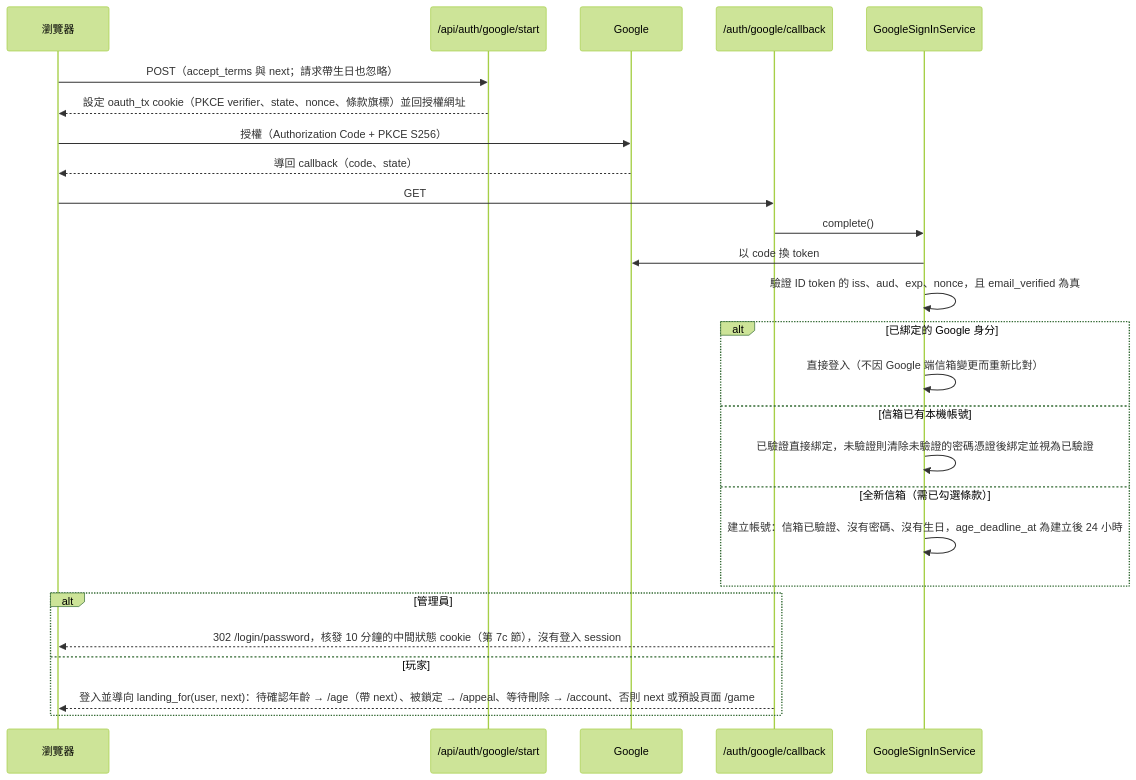
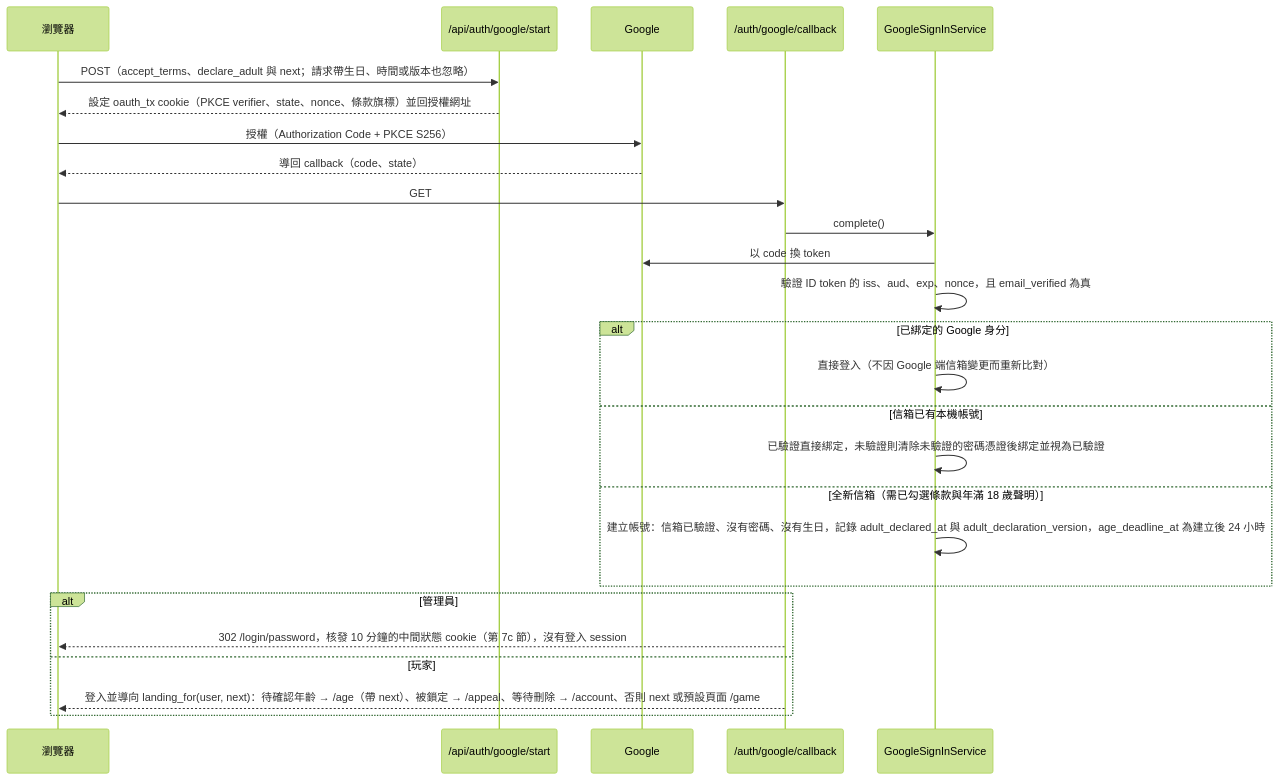
The third of 11 diagrams in docs/帳號與安全-auth-security.md (pp466pp466/R.A.C), drawn with Mermaid (forest theme) before and after one commit. The commit also changed other lines of this file and 8 other files, not shown here.

````diff
--- a/docs/帳號與安全-auth-security.md
+++ b/docs/帳號與安全-auth-security.md
@@ -67,29 +67,29 @@
 ```mermaid
 sequenceDiagram
     participant B as 瀏覽器
     participant A as /api/auth/google/start
     participant G as Google
     participant C as /auth/google/callback
     participant S as GoogleSignInService
 
-    B->>A: POST（accept_terms 與 next；請求帶生日也忽略）
+    B->>A: POST（accept_terms、declare_adult 與 next；請求帶生日、時間或版本也忽略）
     A-->>B: 設定 oauth_tx cookie（PKCE verifier、state、nonce、條款旗標）並回授權網址
     B->>G: 授權（Authorization Code + PKCE S256）
     G-->>B: 導回 callback（code、state）
     B->>C: GET
     C->>S: complete()
     S->>G: 以 code 換 token
     S->>S: 驗證 ID token 的 iss、aud、exp、nonce，且 email_verified 為真
     alt 已綁定的 Google 身分
         S->>S: 直接登入（不因 Google 端信箱變更而重新比對）
     else 信箱已有本機帳號
         S->>S: 已驗證直接綁定，未驗證則清除未驗證的密碼憑證後綁定並視為已驗證
-    else 全新信箱（需已勾選條款）
-        S->>S: 建立帳號：信箱已驗證、沒有密碼、沒有生日，age_deadline_at 為建立後 24 小時
+    else 全新信箱（需已勾選條款與年滿 18 歲聲明）
+        S->>S: 建立帳號：信箱已驗證、沒有密碼、沒有生日，記錄 adult_declared_at 與 adult_declaration_version，age_deadline_at 為建立後 24 小時
     end
     alt 管理員
         C-->>B: 302 /login/password，核發 10 分鐘的中間狀態 cookie（第 7c 節），沒有登入 session
     else 玩家
         C-->>B: 登入並導向 landing_for(user, next)：待確認年齡 → /age（帶 next）、被鎖定 → /appeal、等待刪除 → /account、否則 next 或預設頁面 /game
     end
 ```
````
